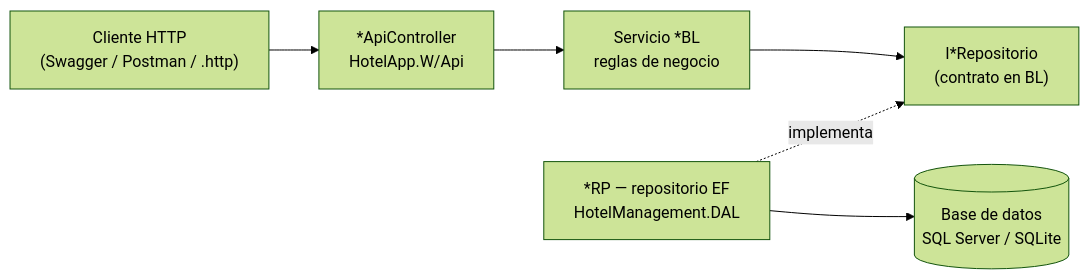
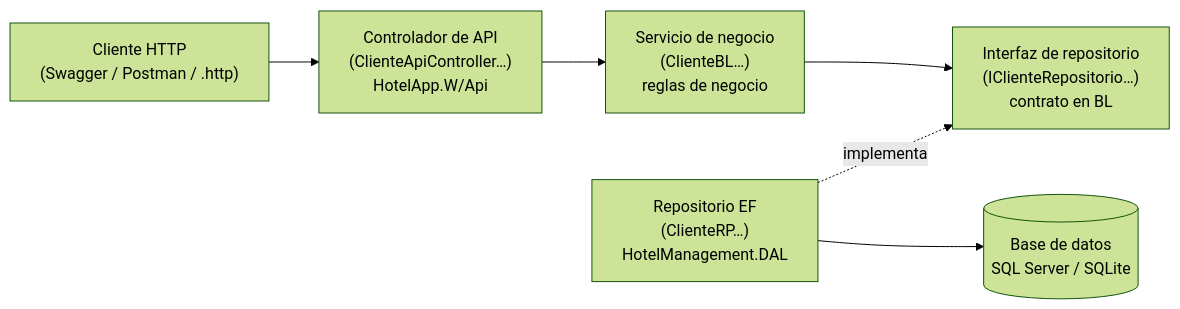
The diagram in docs/03-Capa-de-API.md (jaydenhammerxx245-klkrd/ghc), drawn with Mermaid (forest theme) before and after one commit. The commit also changed other lines of this file and 64 other files, not shown here.

````diff
--- a/docs/03-Capa-de-API.md
+++ b/docs/03-Capa-de-API.md
@@ -19,8 +19,8 @@
 ```mermaid
 flowchart LR
-    C["Cliente HTTP<br/>(Swagger / Postman / .http)"] --> API["*ApiController<br/>HotelApp.W/Api"]
-    API --> BL["Servicio *BL<br/>reglas de negocio"]
-    BL --> IR["I*Repositorio<br/>(contrato en BL)"]
-    RP["*RP — repositorio EF<br/>HotelManagement.DAL"] -. implementa .-> IR
+    C["Cliente HTTP<br/>(Swagger / Postman / .http)"] --> API["Controlador de API<br/>(ClienteApiController…)<br/>HotelApp.W/Api"]
+    API --> BL["Servicio de negocio<br/>(ClienteBL…)<br/>reglas de negocio"]
+    BL --> IR["Interfaz de repositorio<br/>(IClienteRepositorio…)<br/>contrato en BL"]
+    RP["Repositorio EF<br/>(ClienteRP…)<br/>HotelManagement.DAL"] -. implementa .-> IR
     RP --> DB[("Base de datos<br/>SQL Server / SQLite")]
 ```
````
